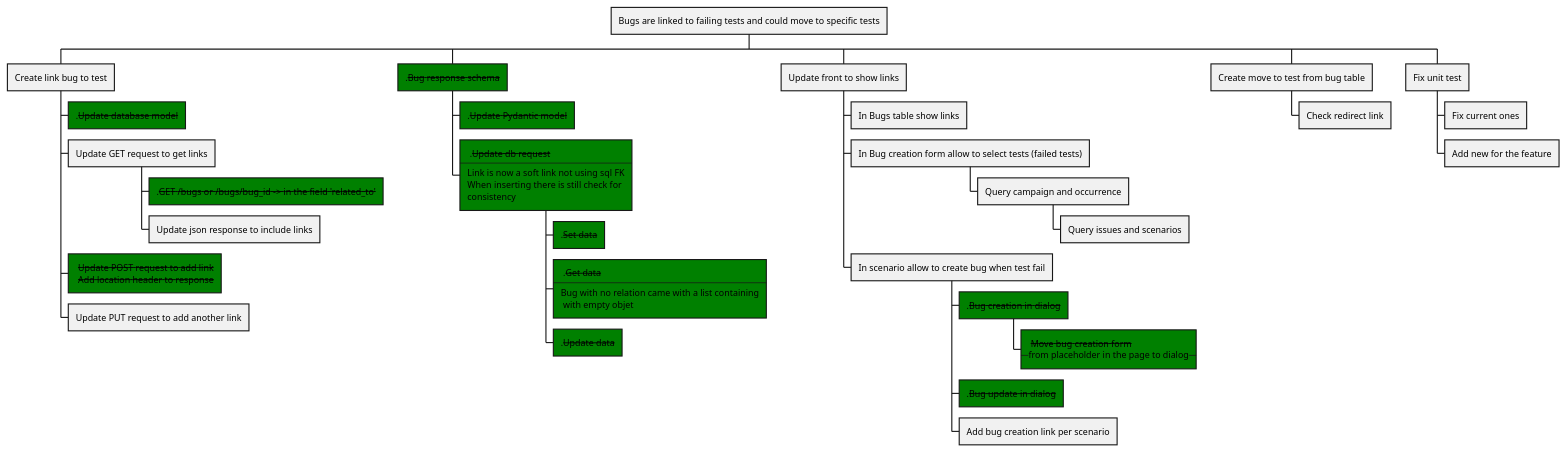
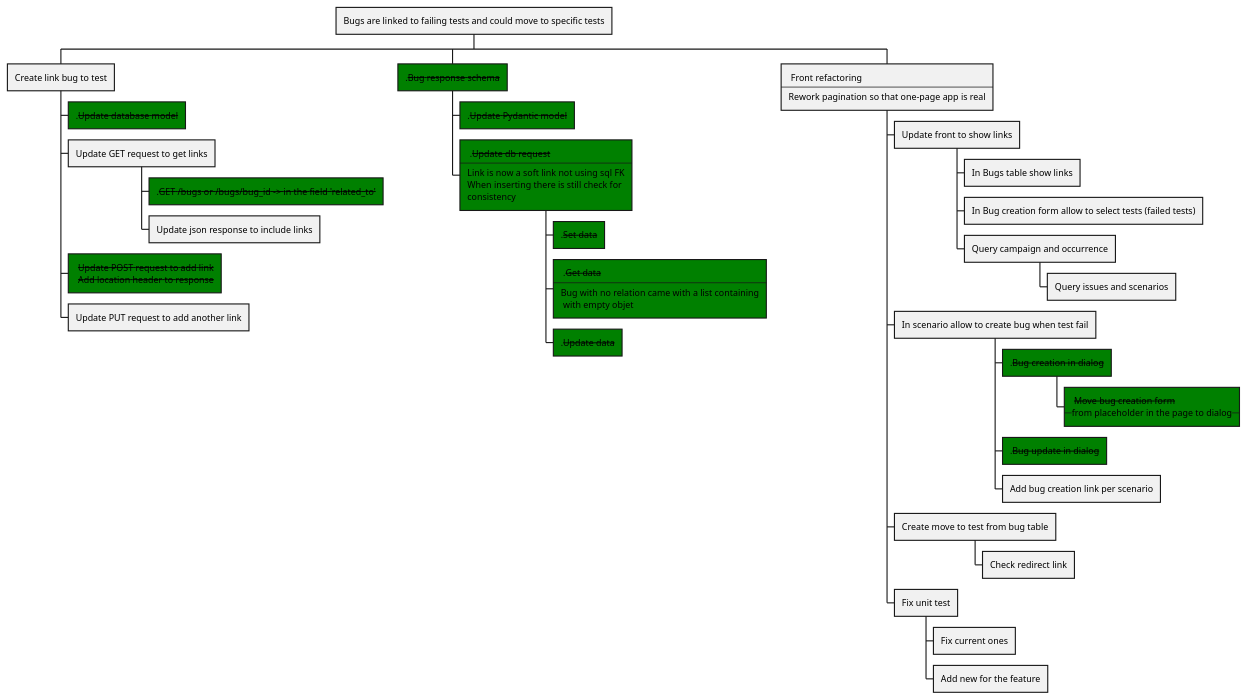
One commit to Hidden-goblin/eaidashboard changed the diagram in documentation/worklog/bug_issue_link.puml. Above: the diagram before and after it, drawn with PlantUML. The commit also changed 27 other files, not shown here.

Commit message:
Start working on 3.9: Bug linked to ticket-scenario * REST API - Linking done on create * FRONT - Move the create/update bug form from inline to dialog * FRONT - Update page generation to a more single page application

```diff
--- a/documentation/worklog/bug_issue_link.puml
+++ b/documentation/worklog/bug_issue_link.puml
@@ -1,45 +1,47 @@
 @startwbs
 'https://plantuml.com/wbs-diagram
 
 'https://github.com/Hidden-goblin/eaidashboard/issues/67
 
 * Bugs are linked to failing tests and could move to specific tests
 ** Create link bug to test
 ***[#green] .--Update database model--
 *** Update GET request to get links
 ****[#green] .--GET /bugs or /bugs/bug_id -> in the field 'related_to'--
 **** Update json response to include links
 ***[#green]: --Update POST request to add link--
  --Add location header to response--;
 *** Update PUT request to add another link
 **[#green] .--Bug response schema--
 ***[#green] .--Update Pydantic model--
 ***[#green]: .--Update db request--
 ----
 Link is now a soft link not using sql FK
 When inserting there is still check for
 consistency;
 ****[#green] .--Set data--
 ****[#green]: .--Get data--
 ----
 Bug with no relation came with a list containing
  with empty objet;
 ****[#green] .--Update data--
-** Update front to show links
-*** In Bugs table show links
-*** In Bug creation form allow to select tests (failed tests)
+**: Front refactoring
+----
+Rework pagination so that one-page app is real;
+*** Update front to show links
+**** In Bugs table show links
+**** In Bug creation form allow to select tests (failed tests)
 **** Query campaign and occurrence
 ***** Query issues and scenarios
 *** In scenario allow to create bug when test fail
 ****[#green] .--Bug creation in dialog--
 *****[#green]: --Move bug creation form--
 --from placeholder in the page to dialog--;
 ****[#green] .--Bug update in dialog--
 **** Add bug creation link per scenario
-** Create move to test from bug table
-*** Check redirect link
-** Fix unit test
-*** Fix current ones
-*** Add new for the feature
-
+*** Create move to test from bug table
+**** Check redirect link
+*** Fix unit test
+**** Fix current ones
+**** Add new for the feature
 @endwbs
```
